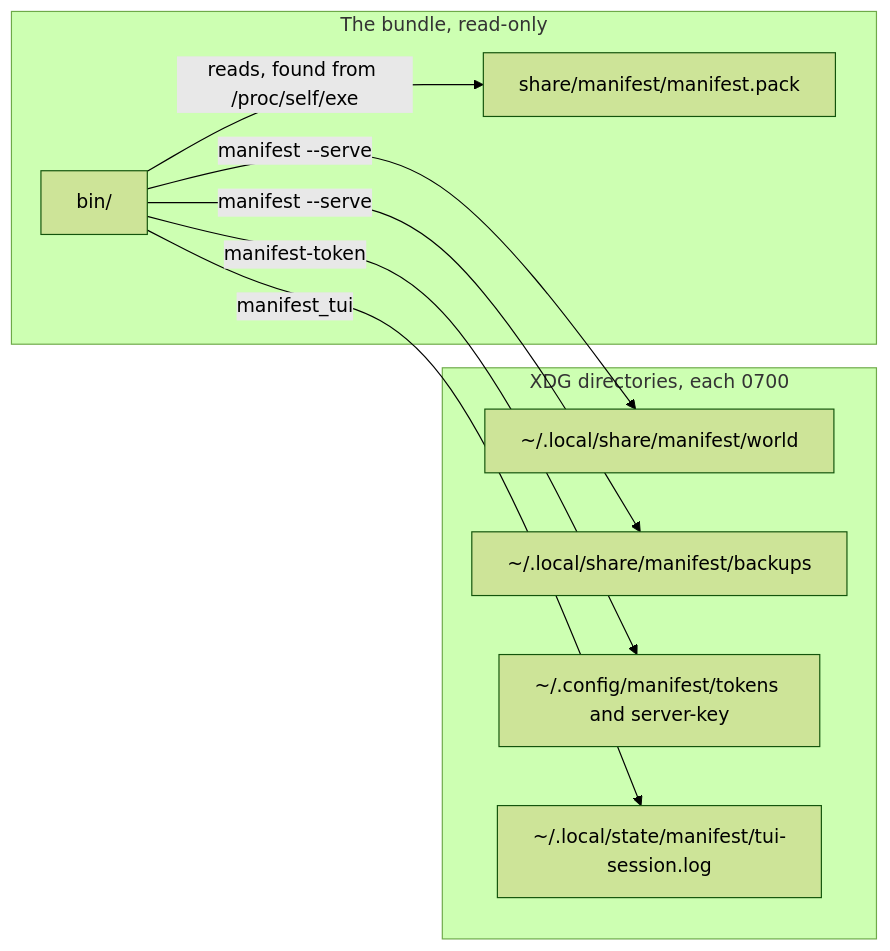
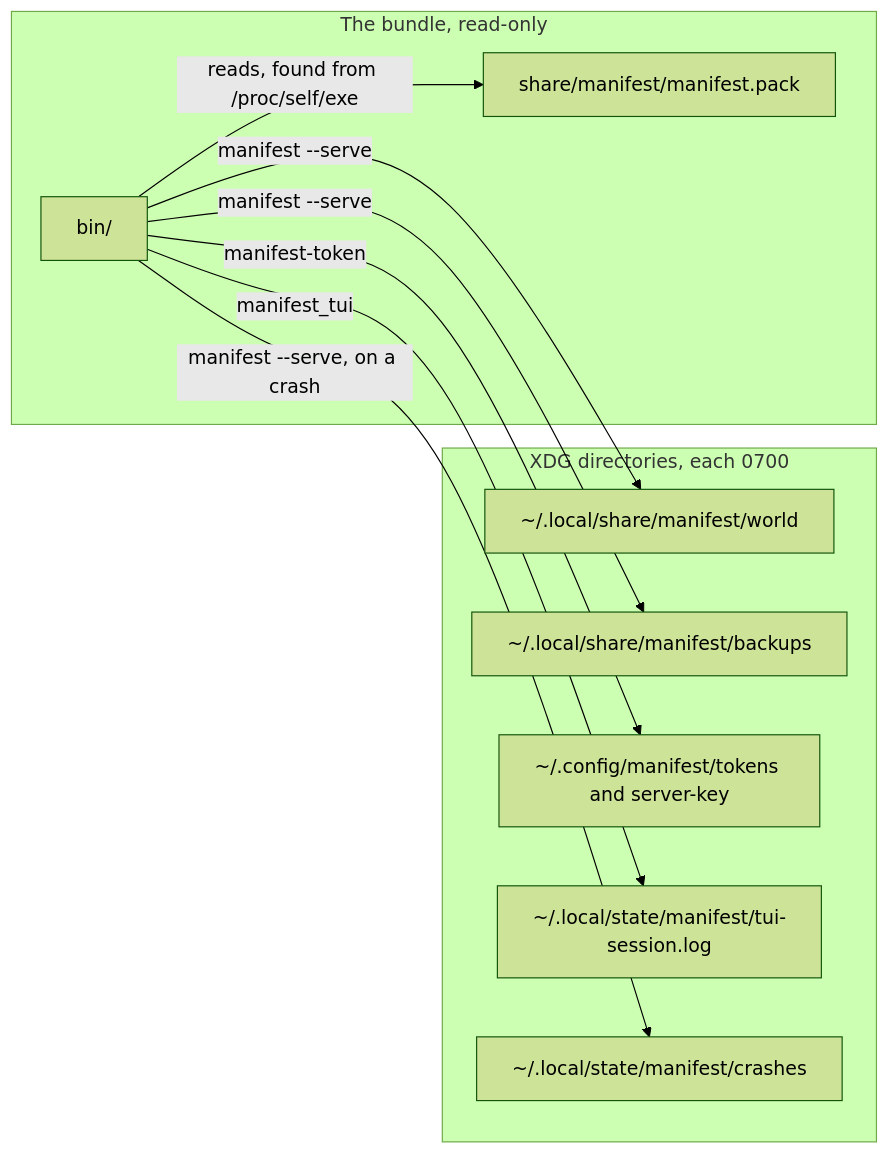
Before and after one commit to ivanhawkes/manifest: the second of 3 diagrams in docs/host.md, drawn with Mermaid (forest theme). The commit also changed other lines of this file and 6 other files, not shown here.

````diff
--- a/docs/host.md
+++ b/docs/host.md
@@ -208,18 +209,20 @@
 ```mermaid
 flowchart LR
     subgraph B["The bundle, read-only"]
         bin["bin/"]
         pack["share/manifest/manifest.pack"]
     end
     subgraph X["XDG directories, each 0700"]
         world["~/.local/share/manifest/world"]
         backups["~/.local/share/manifest/backups"]
         tokens["~/.config/manifest/tokens and server-key"]
         log["~/.local/state/manifest/tui-session.log"]
+        crashes["~/.local/state/manifest/crashes"]
     end
     bin -- "reads, found from /proc/self/exe" --> pack
     bin -- "manifest --serve" --> world
     bin -- "manifest --serve" --> backups
     bin -- "manifest-token" --> tokens
     bin -- "manifest_tui" --> log
+    bin -- "manifest --serve, on a crash" --> crashes
 ```
````
